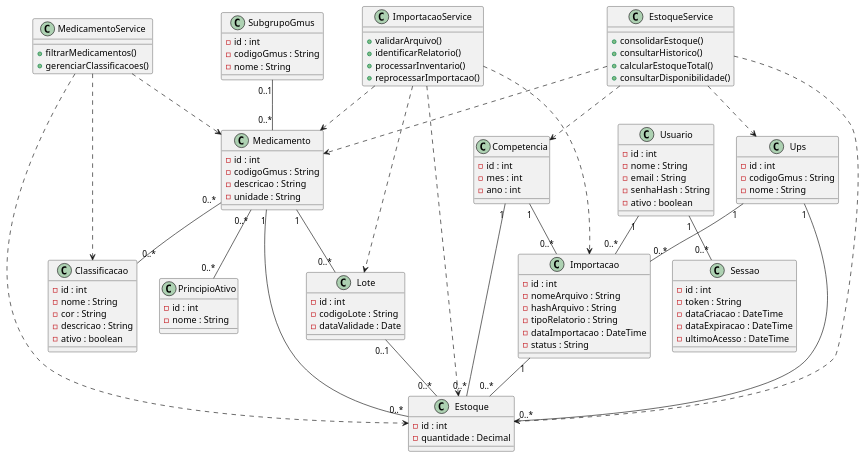
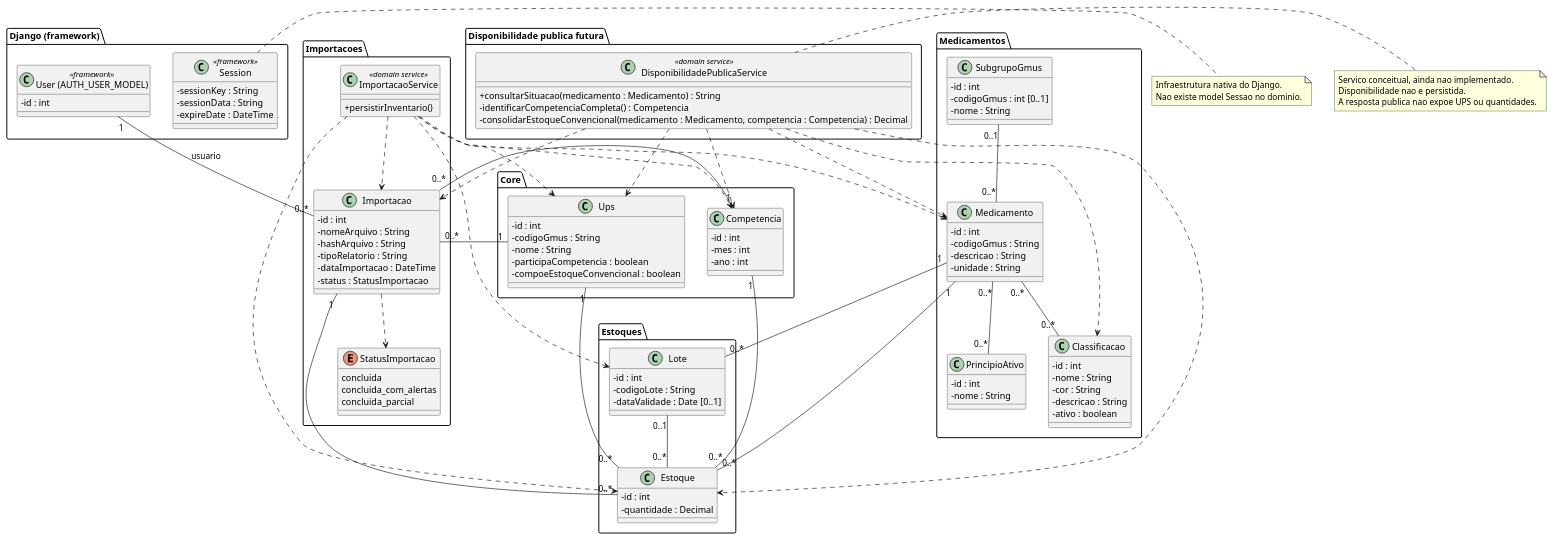
Before and after one commit to mariaclarapp/stockflow: the diagram in docs/diagramas/classes/diagrama-classes.puml, drawn with PlantUML. The commit also changed 22 other files, not shown here.

Commit message:
feat: evolui importacao, filtros e regras de disponibilidade

```diff
--- a/docs/diagramas/classes/diagrama-classes.puml
+++ b/docs/diagramas/classes/diagrama-classes.puml
@@ -1,127 +1,144 @@
 @startuml
-class Medicamento {
-  - id : int
-  - codigoGmus : String
-  - descricao : String
-  - unidade : String
+
+skinparam classAttributeIconSize 0
+
+package "Medicamentos" {
+  class Medicamento {
+    - id : int
+    - codigoGmus : String
+    - descricao : String
+    - unidade : String
+  }
+
+  class SubgrupoGmus {
+    - id : int
+    - codigoGmus : int [0..1]
+    - nome : String
+  }
+
+  class PrincipioAtivo {
+    - id : int
+    - nome : String
+  }
+
+  class Classificacao {
+    - id : int
+    - nome : String
+    - cor : String
+    - descricao : String
+    - ativo : boolean
+  }
 }
 
-class SubgrupoGmus {
-  - id : int
-  - codigoGmus : String
-  - nome : String
+package "Core" {
+  class Ups {
+    - id : int
+    - codigoGmus : String
+    - nome : String
+    - participaCompetencia : boolean
+    - compoeEstoqueConvencional : boolean
+  }
+
+  class Competencia {
+    - id : int
+    - mes : int
+    - ano : int
+  }
 }
 
-class PrincipioAtivo {
-  - id : int
-  - nome : String
+package "Estoques" {
+  class Lote {
+    - id : int
+    - codigoLote : String
+    - dataValidade : Date [0..1]
+  }
+
+  class Estoque {
+    - id : int
+    - quantidade : Decimal
+  }
 }
 
-class Classificacao {
-  - id : int
-  - nome : String
-  - cor : String
-  - descricao : String
-  - ativo : boolean
+package "Importacoes" {
+  enum StatusImportacao {
+    concluida
+    concluida_com_alertas
+    concluida_parcial
+  }
+
+  class Importacao {
+    - id : int
+    - nomeArquivo : String
+    - hashArquivo : String
+    - tipoRelatorio : String
+    - dataImportacao : DateTime
+    - status : StatusImportacao
+  }
+
+  class ImportacaoService <<domain service>> {
+    + persistirInventario()
+  }
 }
 
-class Ups {
-  - id : int
-  - codigoGmus : String
-  - nome : String
+package "Django (framework)" {
+  class "User (AUTH_USER_MODEL)" as DjangoUser <<framework>> {
+    - id : int
+  }
+
+  class "Session" as DjangoSession <<framework>> {
+    - sessionKey : String
+    - sessionData : String
+    - expireDate : DateTime
+  }
 }
 
-class Competencia {
-  - id : int
-  - mes : int
-  - ano : int
-}
-
-class Lote {
-  - id : int
-  - codigoLote : String
-  - dataValidade : Date
-}
-
-class Estoque {
-  - id : int
-  - quantidade : Decimal
-}
-
-class Importacao {
-  - id : int
-  - nomeArquivo : String
-  - hashArquivo : String
-  - tipoRelatorio : String
-  - dataImportacao : DateTime
-  - status : String
-}
-
-class Usuario {
-  - id : int
-  - nome : String
-  - email : String
-  - senhaHash : String
-  - ativo : boolean
-}
-
-class Sessao {
-  - id : int
-  - token : String
-  - dataCriacao : DateTime
-  - dataExpiracao : DateTime
-  - ultimoAcesso : DateTime
-}
-
-class ImportacaoService {
-  + validarArquivo()
-  + identificarRelatorio()
-  + processarInventario()
-  + reprocessarImportacao()
-}
-
-class EstoqueService {
-  + consolidarEstoque()
-  + consultarHistorico()
-  + calcularEstoqueTotal()
-  + consultarDisponibilidade()
-}
-
-class MedicamentoService {
-  + filtrarMedicamentos()
-  + gerenciarClassificacoes()
+package "Disponibilidade publica futura" {
+  class DisponibilidadePublicaService <<domain service>> {
+    + consultarSituacao(medicamento : Medicamento) : String
+    - identificarCompetenciaCompleta() : Competencia
+    - consolidarEstoqueConvencional(medicamento : Medicamento, competencia : Competencia) : Decimal
+  }
 }
 
 SubgrupoGmus "0..1" -- "0..*" Medicamento
-
 Medicamento "0..*" -- "0..*" PrincipioAtivo
 Medicamento "0..*" -- "0..*" Classificacao
 
 Medicamento "1" -- "0..*" Lote
 Medicamento "1" -- "0..*" Estoque
-
 Ups "1" -- "0..*" Estoque
 Competencia "1" -- "0..*" Estoque
 Lote "0..1" -- "0..*" Estoque
 Importacao "1" -- "0..*" Estoque
 
-Usuario "1" -- "0..*" Importacao
-Usuario "1" -- "0..*" Sessao
-
+DjangoUser "1" -- "0..*" Importacao : usuario
 Ups "1" -- "0..*" Importacao
 Competencia "1" -- "0..*" Importacao
+Importacao ..> StatusImportacao
 
 ImportacaoService ..> Importacao
 ImportacaoService ..> Estoque
 ImportacaoService ..> Medicamento
 ImportacaoService ..> Lote
+ImportacaoService ..> Ups
+ImportacaoService ..> Competencia
 
-EstoqueService ..> Estoque
-EstoqueService ..> Medicamento
-EstoqueService ..> Competencia
-EstoqueService ..> Ups
+DisponibilidadePublicaService ..> Medicamento
+DisponibilidadePublicaService ..> Classificacao
+DisponibilidadePublicaService ..> Ups
+DisponibilidadePublicaService ..> Competencia
+DisponibilidadePublicaService ..> Importacao
+DisponibilidadePublicaService ..> Estoque
 
-MedicamentoService ..> Medicamento
-MedicamentoService ..> Classificacao
-MedicamentoService ..> Estoque
+note right of DjangoSession
+  Infraestrutura nativa do Django.
+  Nao existe model Sessao no dominio.
+end note
+
+note right of DisponibilidadePublicaService
+  Servico conceitual, ainda nao implementado.
+  Disponibilidade nao e persistida.
+  A resposta publica nao expoe UPS ou quantidades.
+end note
+
 @enduml
```
